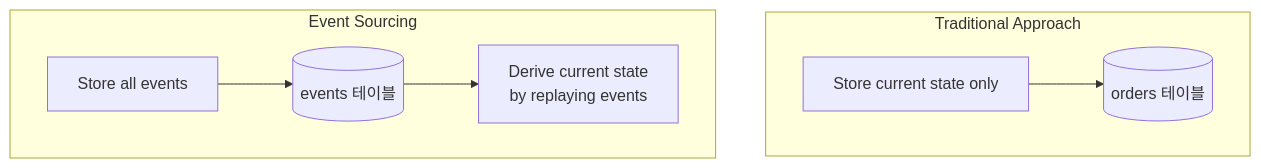
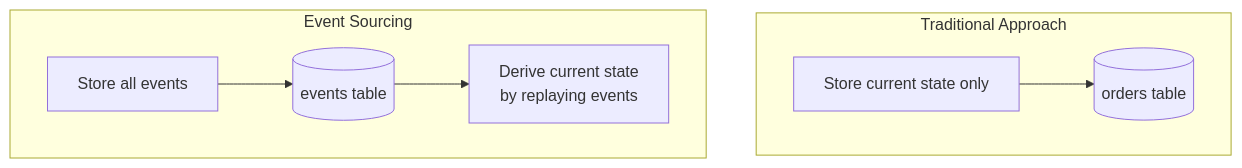
Before and after one commit to advanced-beginner/advanced-beginner.github.io: the third of 4 diagrams in content/en/docs/ddd/concepts/architecture/event-driven.md, drawn with Mermaid. The commit also changed other lines of this file and 2 other files, not shown here.

First line of the commit message:
docs: DDD EN architecture 3파일 완역 (hexagonal, onion, event-driven)

````diff
--- a/content/en/docs/ddd/concepts/architecture/event-driven.md
+++ b/content/en/docs/ddd/concepts/architecture/event-driven.md
@@ -510,16 +510,16 @@
 ```mermaid
 flowchart TB
     subgraph Traditional["Traditional Approach"]
         T1[Store current state only]
-        T2[(orders 테이블)]
+        T2[(orders table)]
         T1 --> T2
     end
 
     subgraph EventSourcing["Event Sourcing"]
         E1[Store all events]
-        E2[(events 테이블)]
+        E2[(events table)]
         E3[Derive current state<br>by replaying events]
         E1 --> E2
         E2 --> E3
     end
 ```
````
